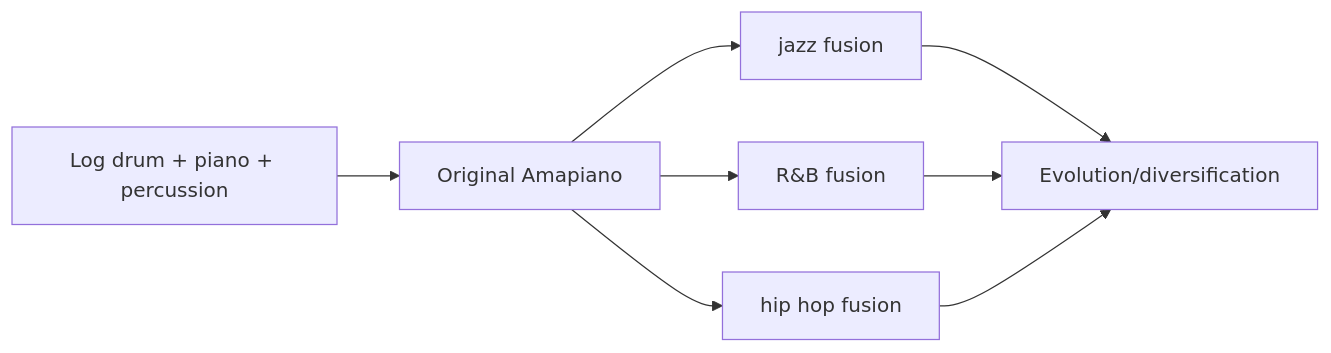
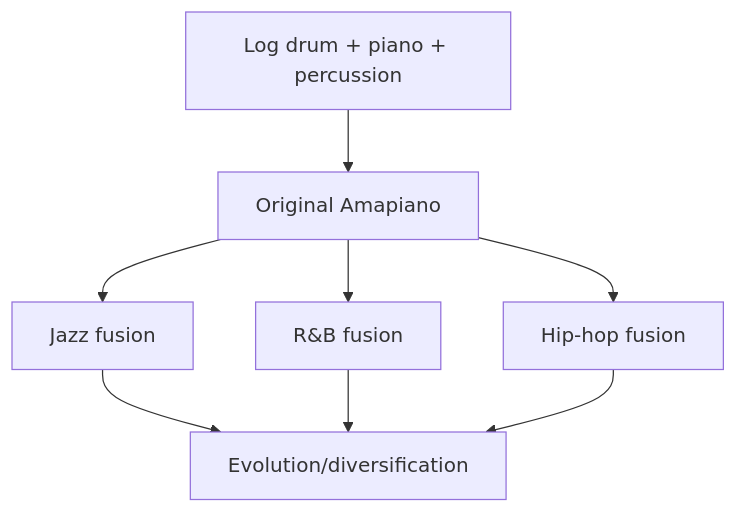
One commit to monumental-movement/monumental-movement.github.io changed the sixth of 8 diagrams in en/_posts/2025-11-30-column-south-african-amapiano.md. Above: the diagram before and after it, drawn with Mermaid. The commit also changed other lines of this file and 528 other files, not shown here.

```diff
--- a/en/_posts/2025-11-30-column-south-african-amapiano.md
+++ b/en/_posts/2025-11-30-column-south-african-amapiano.md
@@ -246,8 +260,10 @@
 <div class="mermaid">
-graph LR
-    BASE[Log drum + piano + percussion] --> AM[Original Amapiano]
-    AM --> JAZZ[jazz fusion]
-    AM --> RNB[R&B fusion]
-    AM --> HIP[hip hop fusion]
-    JAZZ & RNB & HIP --> EV[Evolution/diversification]
+graph TD
+    A["Log drum + piano + percussion"] --> B["Original Amapiano"]
+    B --> C["Jazz fusion"]
+    B --> D["R&B fusion"]
+    B --> E["Hip-hop fusion"]
+    C --> F["Evolution/diversification"]
+    D --> F
+    E --> F
 </div>
```
